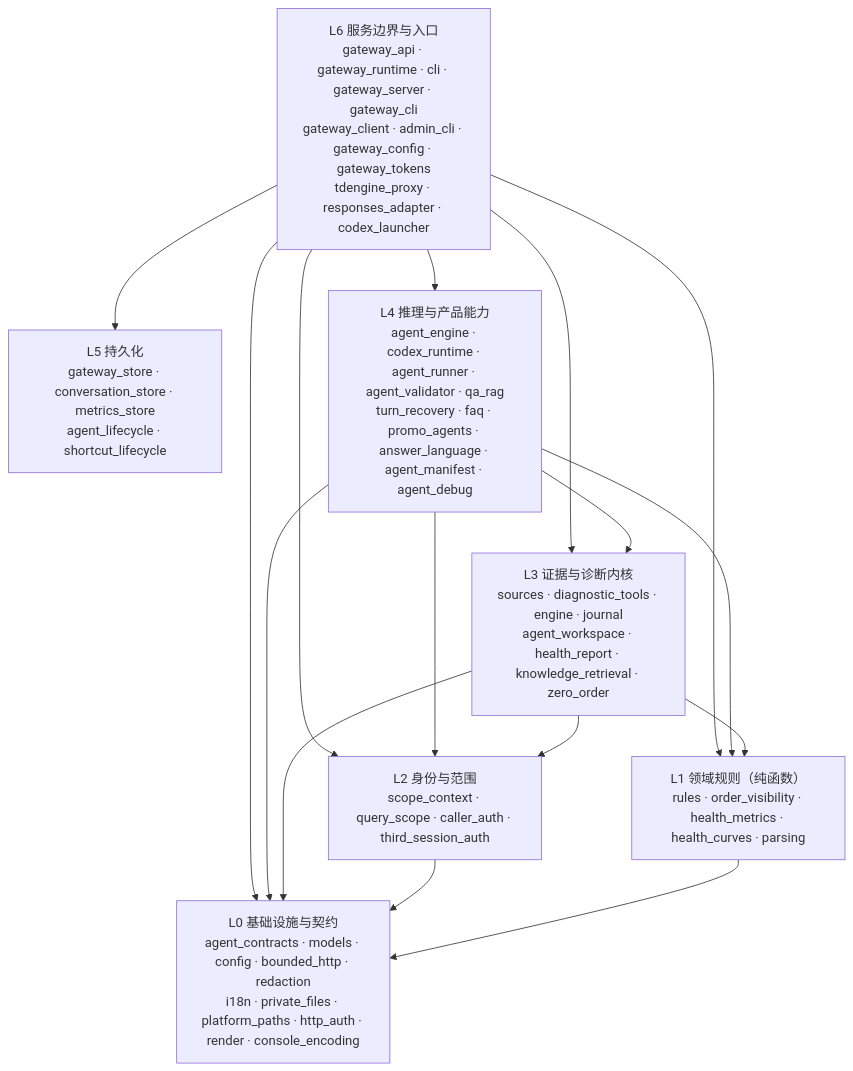
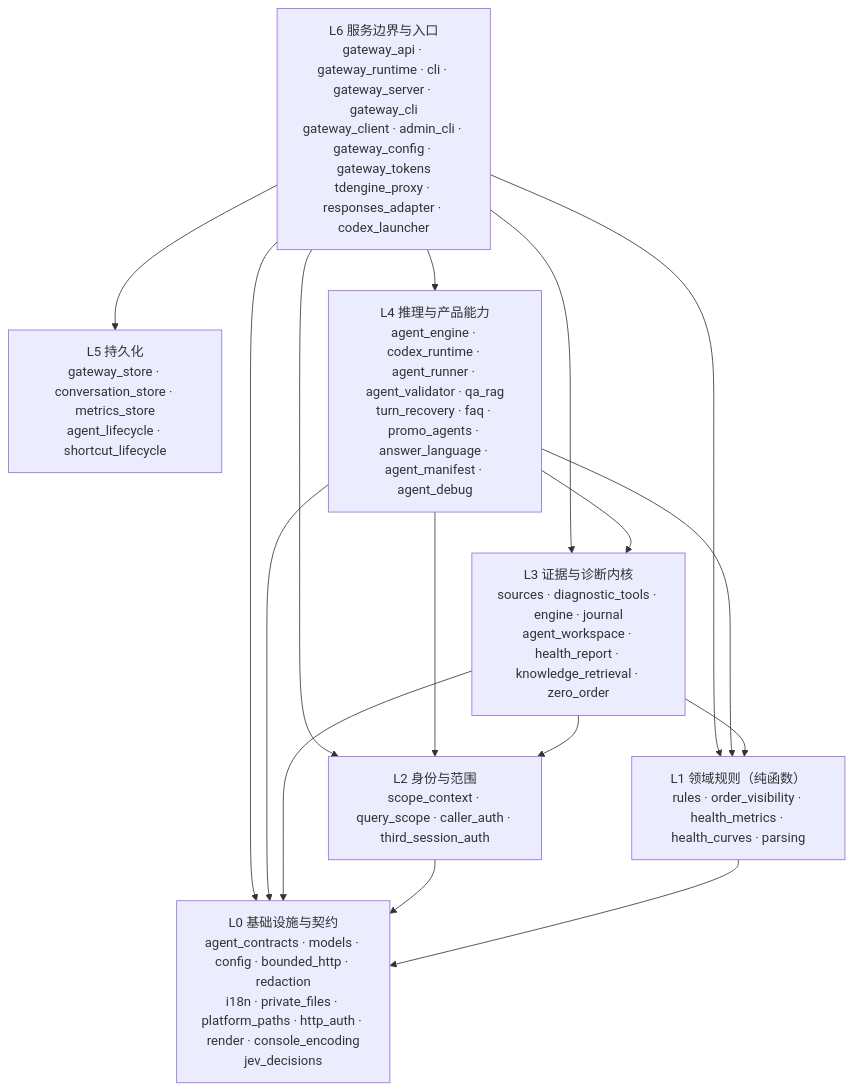
The diagram in README.md (kilbertert/AI-Ops), drawn with Mermaid before and after one commit. The commit also changed other lines of this file and 2 other files, not shown here.

First paragraph of the commit message:
feat(assistant): Jev 决策客户端——自有协议接入与类型化决策解析 (#393)
* feat(assistant): Jev 决策客户端——自有协议接入与类型化决策解析

````diff
--- a/README.md
+++ b/README.md
@@ -174,26 +174,26 @@
 ```mermaid
 flowchart TB
     L6["L6 服务边界与入口<br/>gateway_api · gateway_runtime · cli · gateway_server · gateway_cli<br/>gateway_client · admin_cli · gateway_config · gateway_tokens<br/>tdengine_proxy · responses_adapter · codex_launcher"]
     L5["L5 持久化<br/>gateway_store · conversation_store · metrics_store<br/>agent_lifecycle · shortcut_lifecycle"]
     L4["L4 推理与产品能力<br/>agent_engine · codex_runtime · agent_runner · agent_validator · qa_rag<br/>turn_recovery · faq · promo_agents · answer_language · agent_manifest · agent_debug"]
     L3["L3 证据与诊断内核<br/>sources · diagnostic_tools · engine · journal<br/>agent_workspace · health_report · knowledge_retrieval · zero_order"]
     L2["L2 身份与范围<br/>scope_context · query_scope · caller_auth · third_session_auth"]
     L1["L1 领域规则（纯函数）<br/>rules · order_visibility · health_metrics · health_curves · parsing"]
-    L0["L0 基础设施与契约<br/>agent_contracts · models · config · bounded_http · redaction<br/>i18n · private_files · platform_paths · http_auth · render · console_encoding"]
+    L0["L0 基础设施与契约<br/>agent_contracts · models · config · bounded_http · redaction<br/>i18n · private_files · platform_paths · http_auth · render · console_encoding<br/>jev_decisions"]
 
     L6 --> L5
     L6 --> L4
     L6 --> L3
     L6 --> L2
     L6 --> L1
     L6 --> L0
     L4 --> L3
     L4 --> L2
     L4 --> L1
     L4 --> L0
     L3 --> L2
     L3 --> L1
     L3 --> L0
     L2 --> L0
     L1 --> L0
 ```
````
